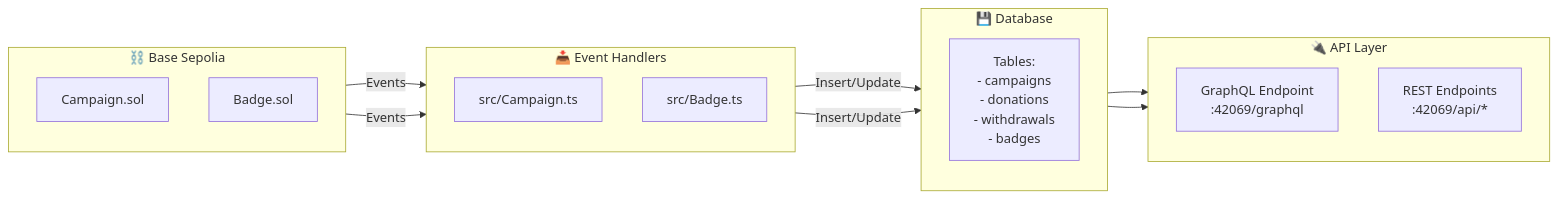
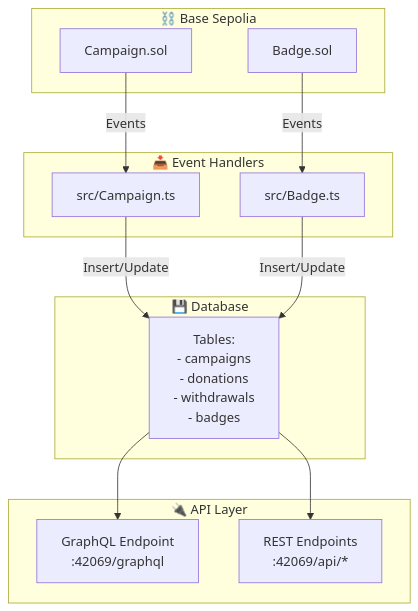
One commit to CrowdFUNding-Base/SC changed the first of 3 diagrams in pitching/How to Run/4. Indexer Guide.md. Above: the diagram before and after it, drawn with Mermaid. The commit also changed 1 other file, not shown here.

````diff
--- a/pitching/How to Run/4. Indexer Guide.md
+++ b/pitching/How to Run/4. Indexer Guide.md
@@ -19,32 +19,28 @@
 ```mermaid
-flowchart LR
+flowchart TB
     subgraph Blockchain["⛓️ Base Sepolia"]
-        direction TB
         Campaign["Campaign.sol"]
         Badge["Badge.sol"]
     end
 
     subgraph EventHandlers["📥 Event Handlers"]
-        direction TB
         CampaignHandler["src/Campaign.ts"]
         BadgeHandler["src/Badge.ts"]
     end
 
     subgraph Database["💾 Database"]
-        direction TB
         Tables["Tables:\n- campaigns\n- donations\n- withdrawals\n- badges"]
     end
 
     subgraph APIs["🔌 API Layer"]
-        direction TB
         GraphQL["GraphQL Endpoint\n:42069/graphql"]
         REST["REST Endpoints\n:42069/api/*"]
     end
 
     Campaign --> |"Events"| CampaignHandler
     Badge --> |"Events"| BadgeHandler
     CampaignHandler --> |"Insert/Update"| Tables
     BadgeHandler --> |"Insert/Update"| Tables
     Tables --> GraphQL
     Tables --> REST
 ```
````
